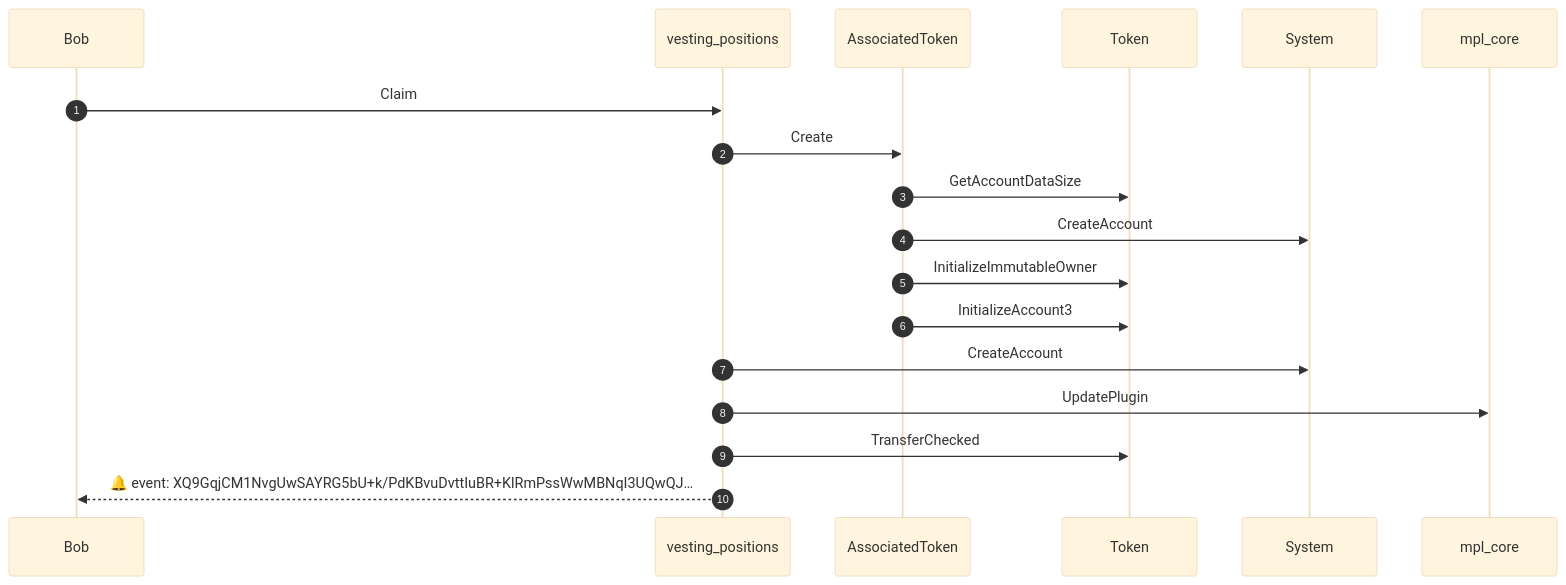
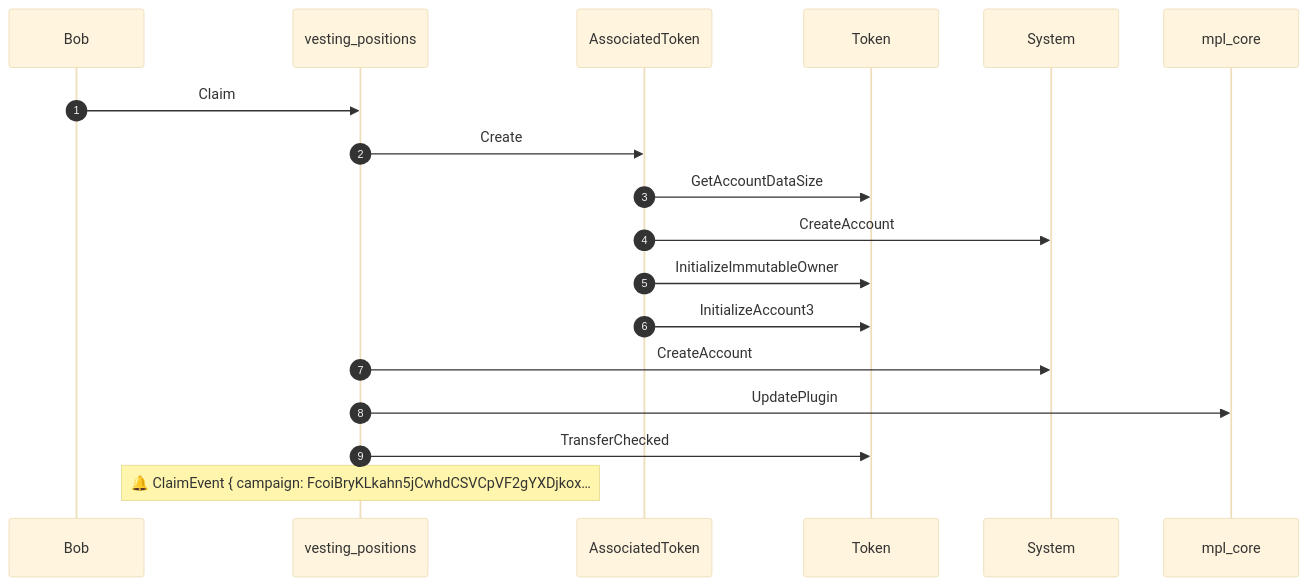
Before and after one commit to Canguilhem/Vesting-position: the fourth of 4 diagrams in md-reports/full-vesting-lifecycle.md, drawn with Mermaid (base theme). The commit also changed other lines of this file and 6 other files, not shown here.

````diff
--- a/md-reports/full-vesting-lifecycle.md
+++ b/md-reports/full-vesting-lifecycle.md
@@ -273,20 +297,20 @@
 ```mermaid
 sequenceDiagram
     autonumber
     participant Bob
     participant vesting_positions
     participant AssociatedToken
     participant Token
     participant System
     participant mpl_core
     Bob ->> vesting_positions: Claim
     vesting_positions ->> AssociatedToken: Create
     AssociatedToken ->> Token: GetAccountDataSize
     AssociatedToken ->> System: CreateAccount
     AssociatedToken ->> Token: InitializeImmutableOwner
     AssociatedToken ->> Token: InitializeAccount3
     vesting_positions ->> System: CreateAccount
     vesting_positions ->> mpl_core: UpdatePlugin
     vesting_positions ->> Token: TransferChecked
-    vesting_positions -->> Bob: 🔔 event: XQ9GqjCM1NvgUwSAYRG5bU+k/PdKBvuDvttIuBR+KlRmPssWwMBNqI3UQwQJ…
+    note over vesting_positions: 🔔 ClaimEvent { campaign: FcoiBryKLkahn5jCwhdCSVCpVF2gYXDjkox…
 ```
````
